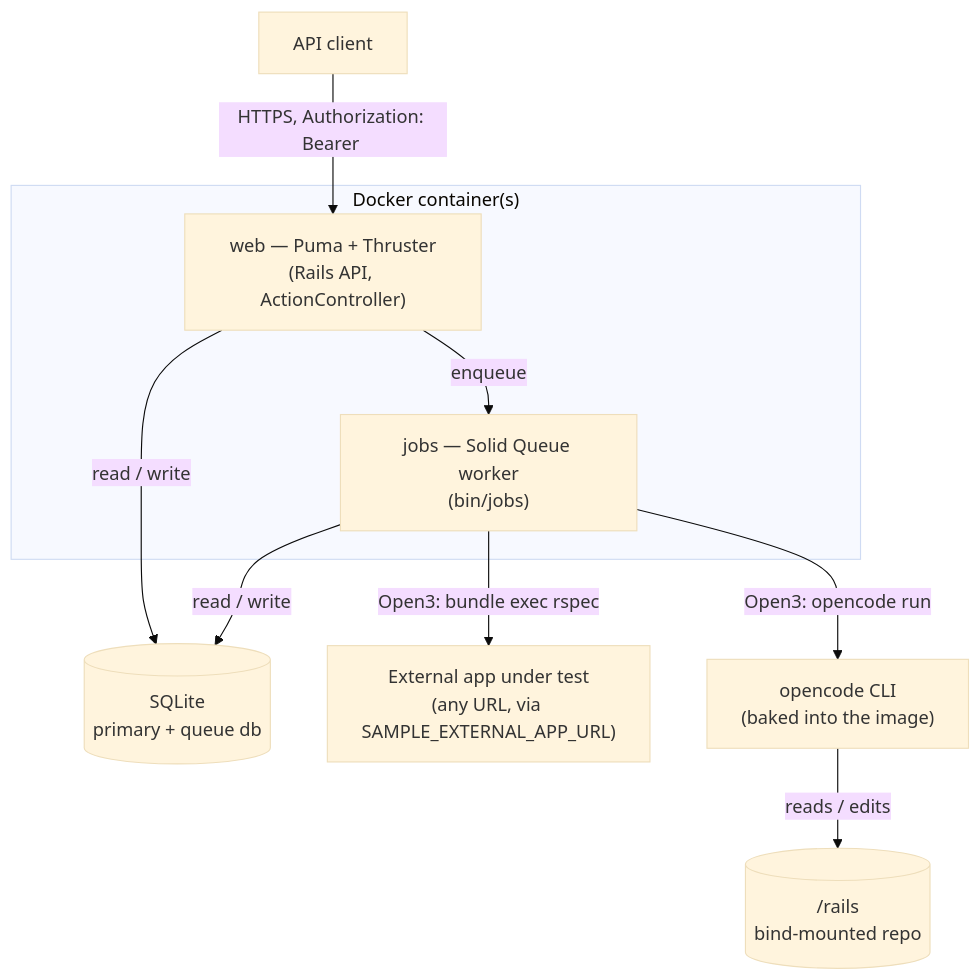
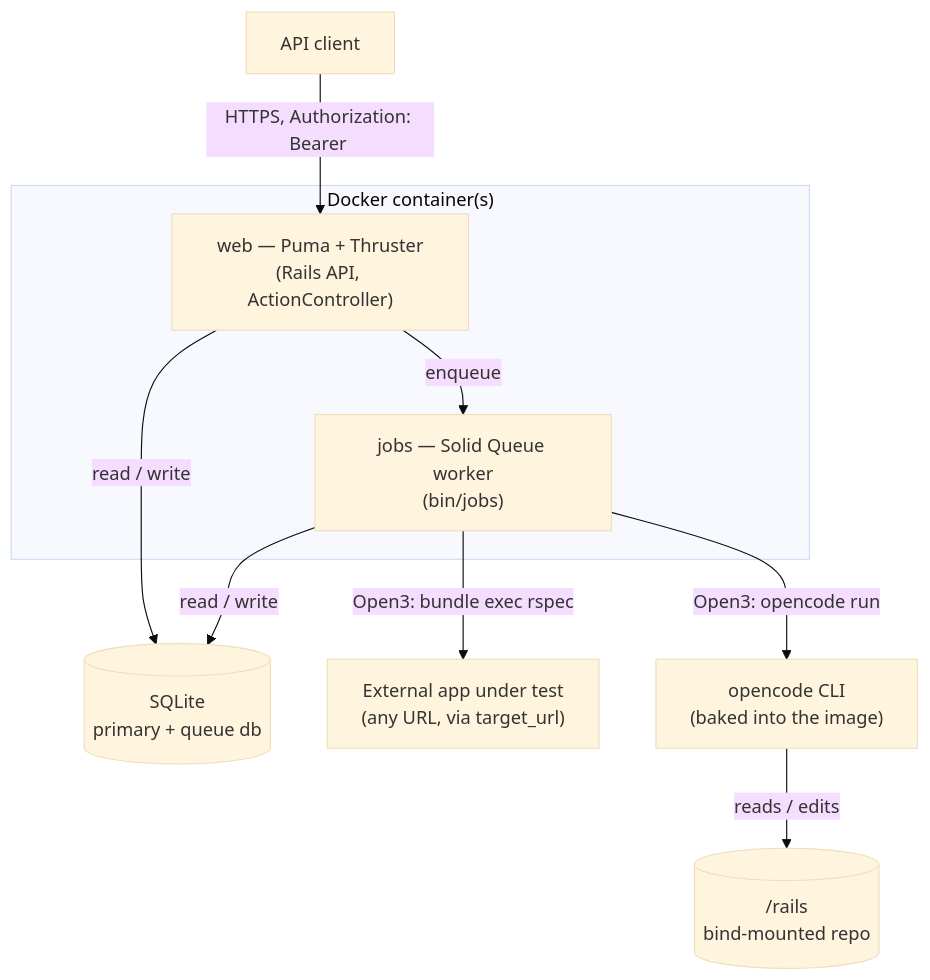
One commit to dev-friends/poc-app-test-api changed the first of 6 diagrams in docs/ARCHITECTURE.md. Above: the diagram before and after it, drawn with Mermaid (base theme). The commit also changed other lines of this file and 11 other files, not shown here.

First line of the commit message:
Remove SAMPLE_EXTERNAL_APP_URL env var; use target_url end-to-end

````diff
--- a/docs/ARCHITECTURE.md
+++ b/docs/ARCHITECTURE.md
@@ -49,20 +49,20 @@
 ```mermaid
 graph TB
   Client["API client"]
   subgraph Box["Docker container(s)"]
     Web["web — Puma + Thruster<br/>(Rails API, ActionController)"]
     Jobs["jobs — Solid Queue worker<br/>(bin/jobs)"]
   end
   DB[("SQLite<br/>primary + queue db")]
-  Ext["External app under test<br/>(any URL, via SAMPLE_EXTERNAL_APP_URL)"]
+  Ext["External app under test<br/>(any URL, via target_url)"]
   OC["opencode CLI<br/>(baked into the image)"]
   Repo[("/rails<br/>bind-mounted repo")]
 
   Client -- "HTTPS, Authorization: Bearer <token>" --> Web
   Web -- "read / write" --> DB
   Web -- "enqueue" --> Jobs
   Jobs -- "read / write" --> DB
   Jobs -- "Open3: bundle exec rspec" --> Ext
   Jobs -- "Open3: opencode run" --> OC
   OC -- "reads / edits" --> Repo
 ```
````
